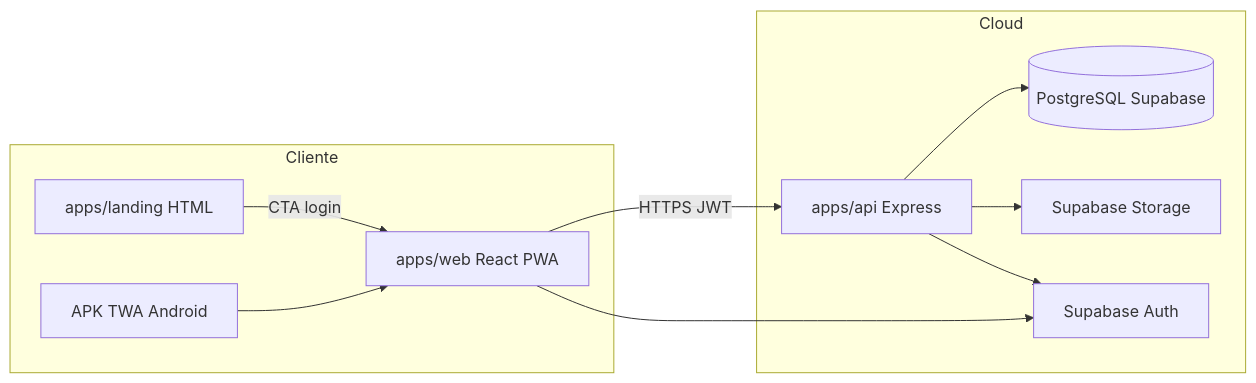
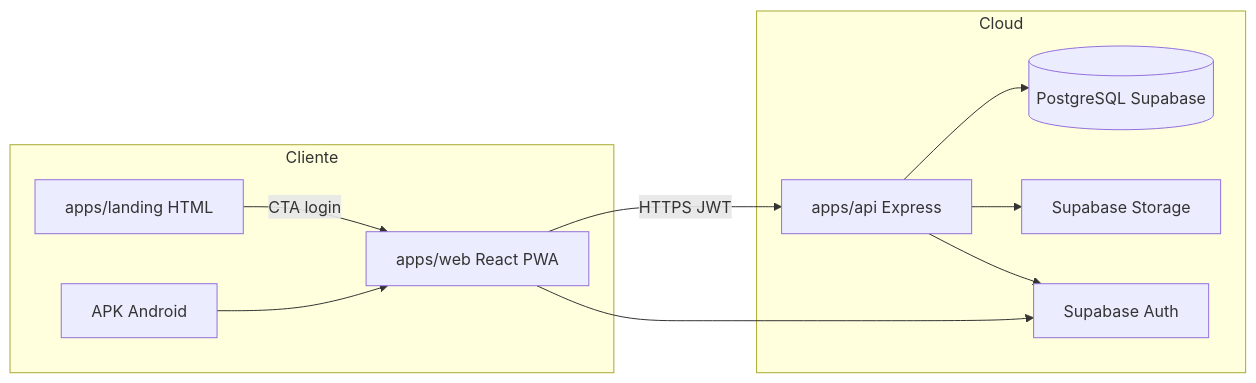
One commit to ELautax/PreciosYa changed the second of 2 diagrams in docs/entrega/DISENO_ARQUITECTURA.md. Above: the diagram before and after it, drawn with Mermaid. The commit also changed other lines of this file and 51 other files, not shown here.

````diff
--- a/docs/entrega/DISENO_ARQUITECTURA.md
+++ b/docs/entrega/DISENO_ARQUITECTURA.md
@@ -31,23 +31,23 @@
 ```mermaid
 flowchart LR
   subgraph client [Cliente]
     WebApp[apps/web React PWA]
     Landing[apps/landing HTML]
-    APK[APK TWA Android]
+    APK[APK Android]
   end
 
   subgraph cloud [Cloud]
     API[apps/api Express]
     DB[(PostgreSQL Supabase)]
     Storage[Supabase Storage]
     Auth[Supabase Auth]
   end
 
   WebApp -->|HTTPS JWT| API
   APK --> WebApp
   Landing -->|CTA login| WebApp
   API --> DB
   API --> Storage
   WebApp --> Auth
   API --> Auth
 ```
````
